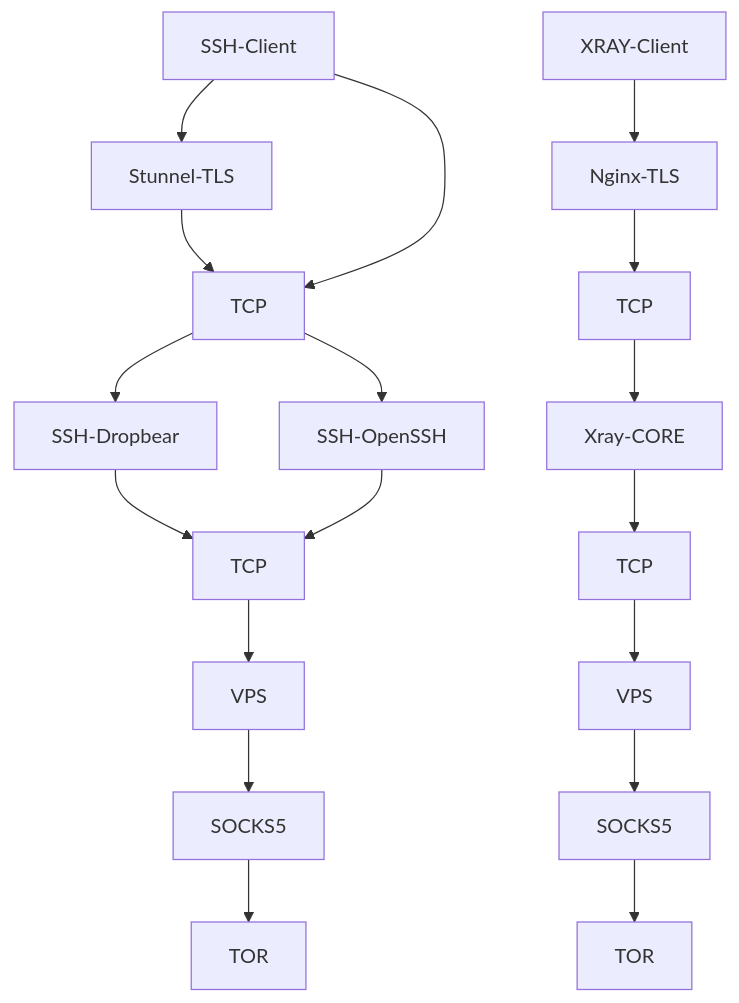
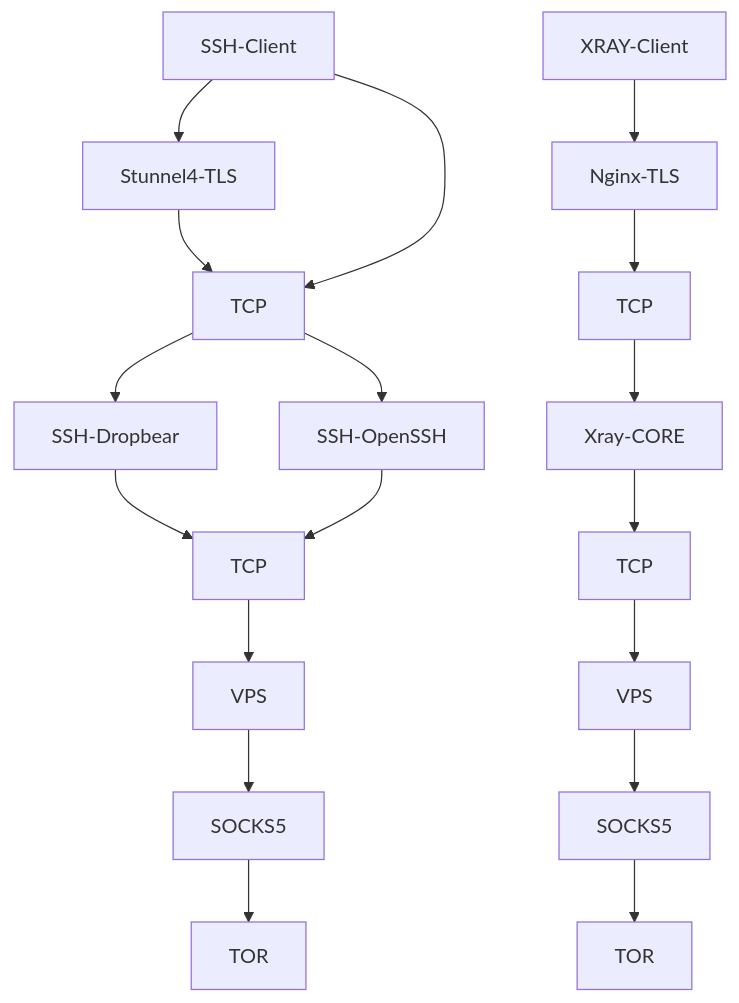
The diagram in ssh/tor.md (givps/AutoScriptXray), drawn with Mermaid before and after one commit.

````diff
--- a/ssh/tor.md
+++ b/ssh/tor.md
@@ -3,6 +3,6 @@
 ```mermaid
 graph TD;
-1[SSH-Client]-->2[Stunnel-TLS]-->3[TCP]-->4[SSH-Dropbear]-->6[TCP]-->7[VPS]-->8[SOCKS5]-->9[TOR];
+1[SSH-Client]-->2[Stunnel4-TLS]-->3[TCP]-->4[SSH-Dropbear]-->6[TCP]-->7[VPS]-->8[SOCKS5]-->9[TOR];
 1[SSH-Client]-->3[TCP]-->5[SSH-OpenSSH]-->6[TCP];
 A[XRAY-Client]-->B[Nginx-TLS]-->C[TCP]-->D[Xray-CORE]-->E[TCP]-->F[VPS]-->G[SOCKS5]-->H[TOR];
 ```
````
